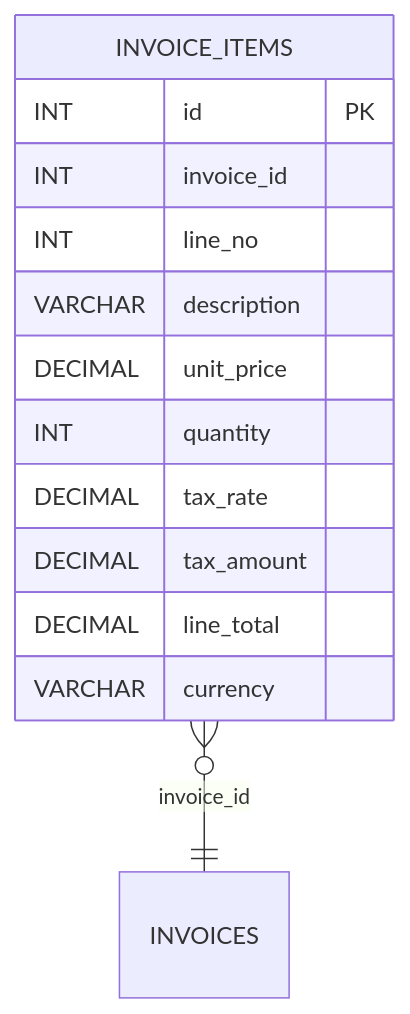
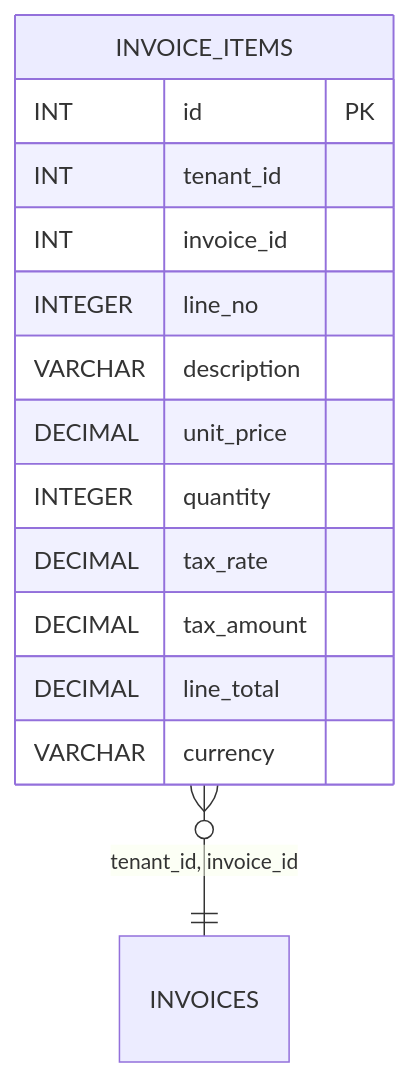
One commit to blackcatdatabase/table-invoice-items changed the diagram in README.md. Above: the diagram before and after it, drawn with Mermaid. The commit also changed other lines of this file and 26 other files, not shown here.

First line of the commit message:
Regen schema (#1)

````diff
--- a/README.md
+++ b/README.md
@@ -56,16 +60,17 @@
 ```mermaid
 erDiagram
   INVOICE_ITEMS {
     INT id PK
+    INT tenant_id
     INT invoice_id
-    INT line_no
+    INTEGER line_no
     VARCHAR description
     DECIMAL unit_price
-    INT quantity
+    INTEGER quantity
     DECIMAL tax_rate
     DECIMAL tax_amount
     DECIMAL line_total
     VARCHAR currency
   }
-  INVOICE_ITEMS }o--|| INVOICES : "invoice_id"
+  INVOICE_ITEMS }o--|| INVOICES : "tenant_id, invoice_id"
 ```
````
